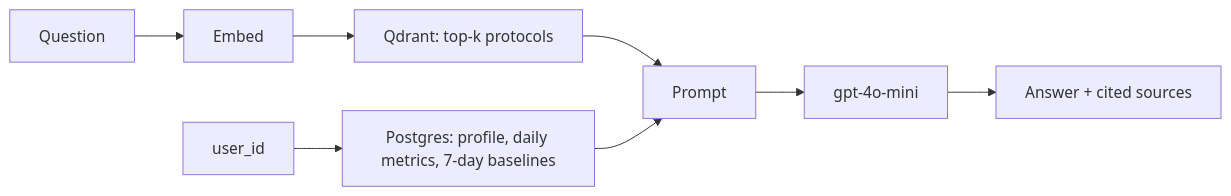
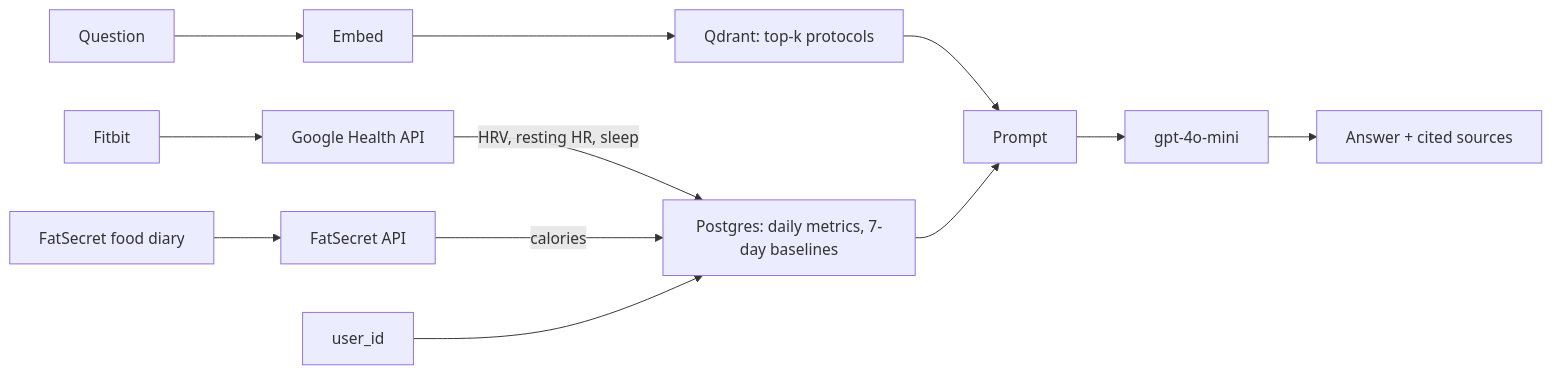
The diagram in README.md (suleymanbaran/fitness-rag-assistant), drawn with Mermaid before and after one commit. The commit also changed other lines of this file and 27 other files, not shown here.

````diff
--- a/README.md
+++ b/README.md
@@ -25,10 +33,14 @@
 ```mermaid
 flowchart LR
+  fitbit[Fitbit] --> google["Google Health API"]
+  diary[FatSecret food diary] --> fatsecret[FatSecret API]
+  google -->|"HRV, resting HR, sleep"| postgres
+  fatsecret -->|calories| postgres
   question[Question] --> embed[Embed]
   embed --> qdrant["Qdrant: top-k protocols"]
-  userId[user_id] --> postgres["Postgres: profile, daily metrics, 7-day baselines"]
+  userId[user_id] --> postgres["Postgres: daily metrics, 7-day baselines"]
   qdrant --> prompt[Prompt]
   postgres --> prompt
   prompt --> llm[gpt-4o-mini]
   llm --> answer["Answer + cited sources"]
 ```
````
